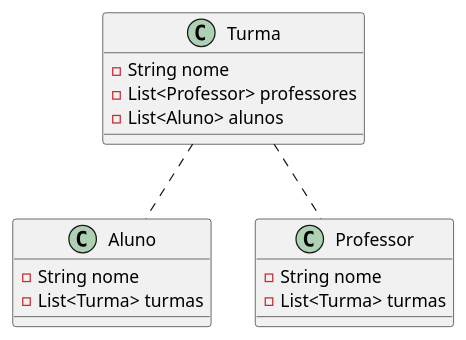
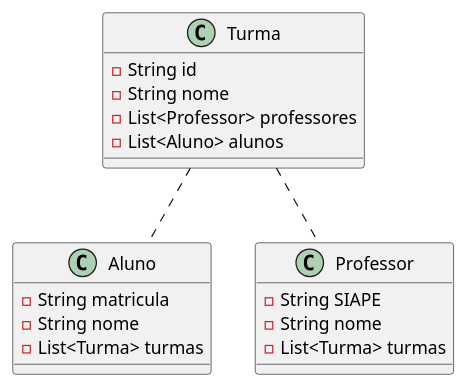
Before and after one commit to 2025-ifba-saj-inf-poo/blog: the diagram in src/posts/code/exercicioListas/turmas/diagram.puml, drawn with PlantUML. The commit also changed 9 other files, not shown here.

```diff
--- a/src/posts/code/exercicioListas/turmas/diagram.puml
+++ b/src/posts/code/exercicioListas/turmas/diagram.puml
@@ -1,19 +1,22 @@
 @startuml
 class Aluno {
-- String nome
-- List<Turma> turmas
+    - String matricula
+    - String nome
+    - List<Turma> turmas
 }
 
 class Professor {
-- String nome
-- List<Turma> turmas
+    - String SIAPE
+    - String nome
+    - List<Turma> turmas
 }
 
 class Turma {
-- String nome
-- List<Professor> professores
-- List<Aluno> alunos
+    - String id
+    - String nome
+    - List<Professor> professores
+    - List<Aluno> alunos
 }
 Turma .. Aluno
 Turma .. Professor
 @enduml
```
